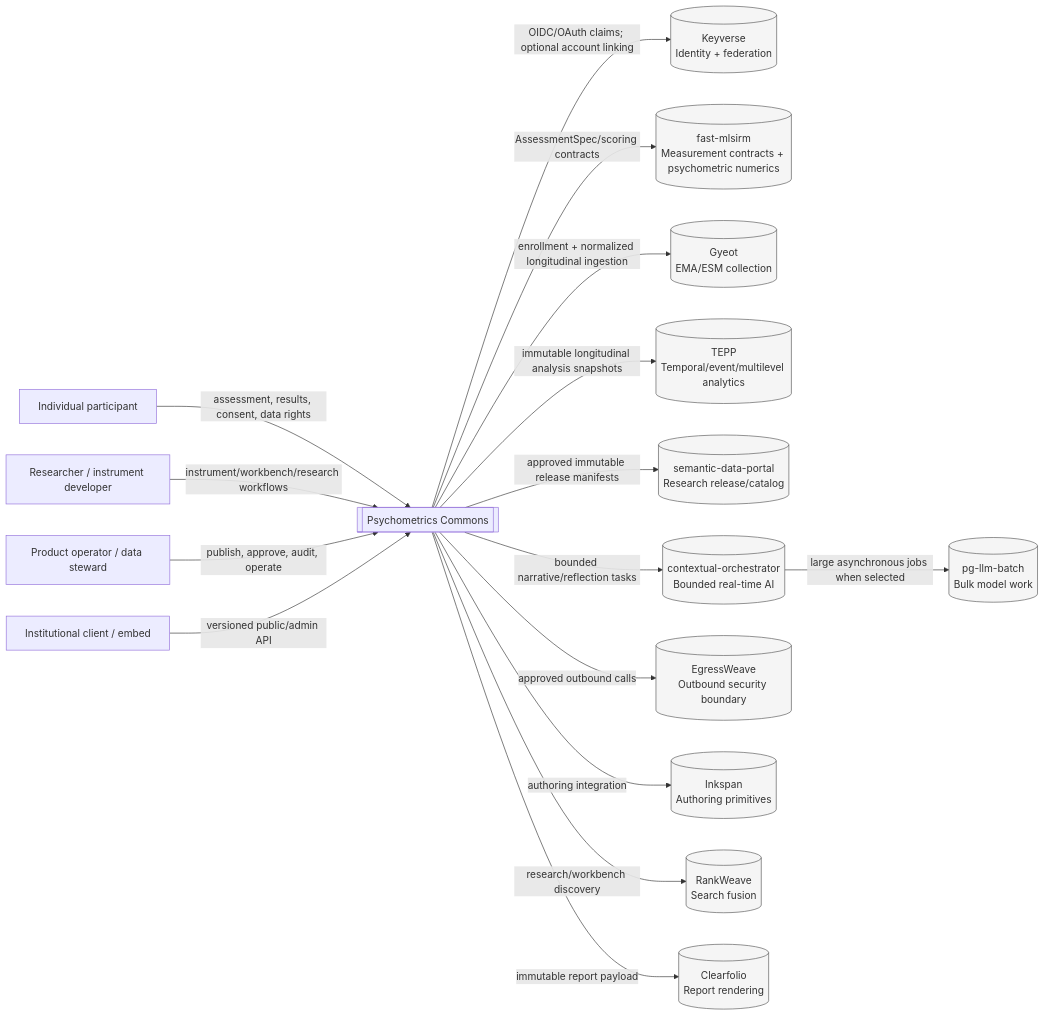
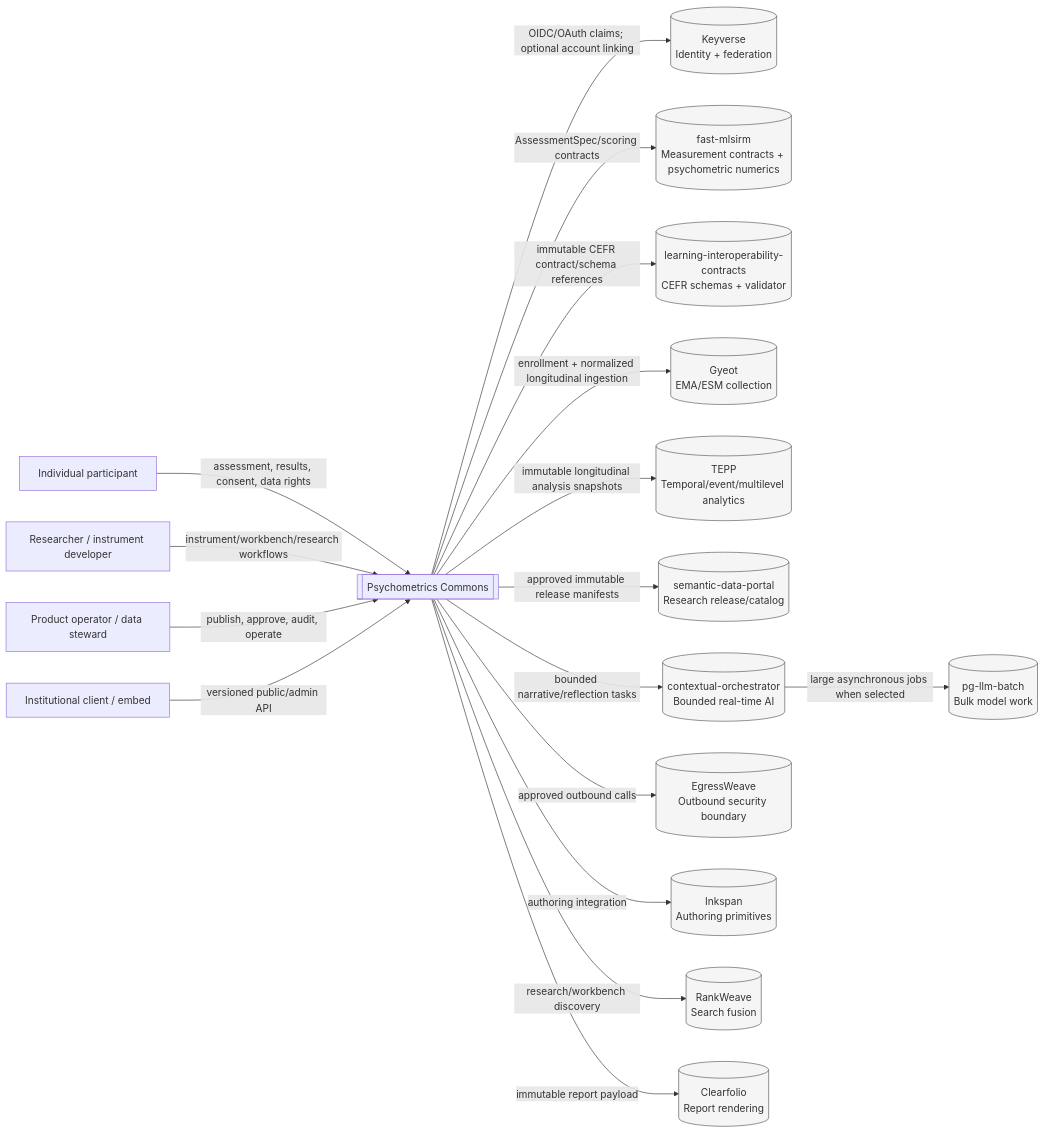
One commit to ContextualWisdomLab/psychometrics-commons changed the first of 3 diagrams in docs/architecture/C4.md. Above: the diagram before and after it, drawn with Mermaid. The commit also changed 14 other files, not shown here.

Commit message:
feat(cefr): add review-only contract consumer boundary

````diff
--- a/docs/architecture/C4.md
+++ b/docs/architecture/C4.md
@@ -23,41 +23,43 @@
 ```mermaid
 flowchart LR
     participant[Individual participant]
     researcher[Researcher / instrument developer]
     operator[Product operator / data steward]
     institution[Institutional client / embed]
 
     commons[[Psychometrics Commons]]
 
     keyverse[(Keyverse\nIdentity + federation)]
     fast[(fast-mlsirm\nMeasurement contracts + psychometric numerics)]
+    cefr[(learning-interoperability-contracts\nCEFR schemas + validator)]
     gyeot[(Gyeot\nEMA/ESM collection)]
     tepp[(TEPP\nTemporal/event/multilevel analytics)]
     portal[(semantic-data-portal\nResearch release/catalog)]
     orchestrator[(contextual-orchestrator\nBounded real-time AI)]
     batch[(pg-llm-batch\nBulk model work)]
     egress[(EgressWeave\nOutbound security boundary)]
     inkspan[(Inkspan\nAuthoring primitives)]
     rank[(RankWeave\nSearch fusion)]
     clearfolio[(Clearfolio\nReport rendering)]
 
     participant -->|assessment, results, consent, data rights| commons
     researcher -->|instrument/workbench/research workflows| commons
     operator -->|publish, approve, audit, operate| commons
     institution -->|versioned public/admin API| commons
 
     commons -->|OIDC/OAuth claims; optional account linking| keyverse
     commons -->|AssessmentSpec/scoring contracts| fast
+    commons -->|immutable CEFR contract/schema references| cefr
     commons -->|enrollment + normalized longitudinal ingestion| gyeot
     commons -->|immutable longitudinal analysis snapshots| tepp
     commons -->|approved immutable release manifests| portal
     commons -->|bounded narrative/reflection tasks| orchestrator
     orchestrator -->|large asynchronous jobs when selected| batch
     commons -->|approved outbound calls| egress
     commons -->|authoring integration| inkspan
     commons -->|research/workbench discovery| rank
     commons -->|immutable report payload| clearfolio
 
     classDef external fill:#f5f5f5,stroke:#555;
-    class keyverse,fast,gyeot,tepp,portal,orchestrator,batch,egress,inkspan,rank,clearfolio external;
+    class keyverse,fast,cefr,gyeot,tepp,portal,orchestrator,batch,egress,inkspan,rank,clearfolio external;
 ```
````
